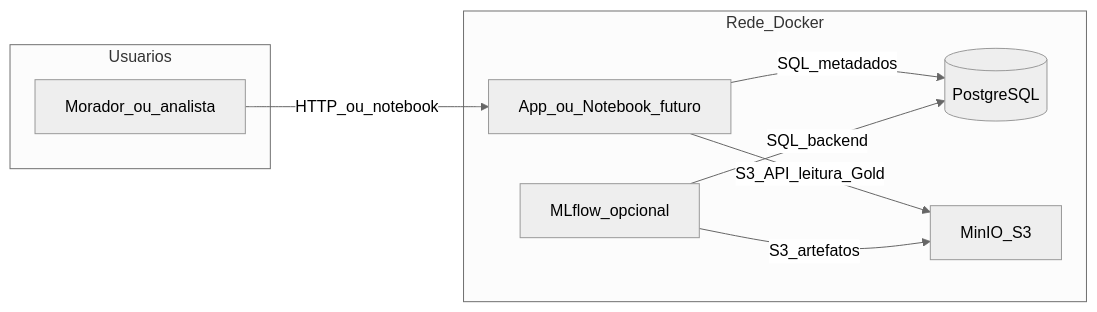
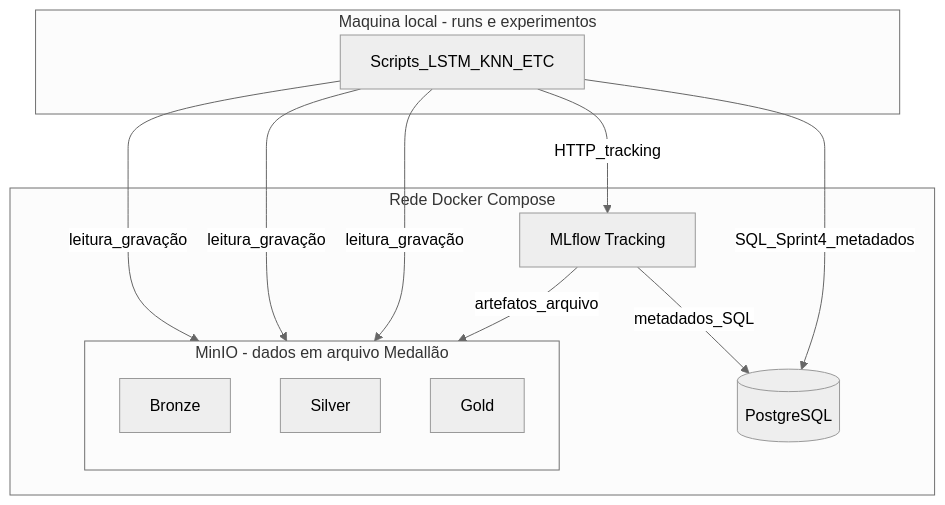
The diagram in readme.md (FabioBoemer/projeto-ia), drawn with Mermaid (neutral theme) before and after one commit. The commit also changed other lines of this file, not shown here.

Commit message:
Atualização do Readme

````diff
--- a/readme.md
+++ b/readme.md
@@ -44,17 +38,23 @@
 ```mermaid
-flowchart LR
-  subgraph users [Usuarios]
-    U[Morador_ou_analista]
+flowchart TB
+  subgraph dev [Maquina local - runs e experimentos]
+    PY[Scripts_LSTM_KNN_ETC]
   end
-  subgraph docker [Rede_Docker]
-    APP[App_ou_Notebook_futuro]
+  subgraph docker [Rede Docker Compose]
+    subgraph minio [MinIO - dados em arquivo Medallão]
+      direction TB
+      BRZ[Bronze]
+      SLV[Silver]
+      GLD[Gold]
+    end
     PG[(PostgreSQL)]
-    S3[MinIO_S3]
-    ML[MLflow_opcional]
+    MLF[MLflow Tracking]
   end
-  U -->|HTTP_ou_notebook| APP
-  APP -->|SQL_metadados| PG
-  APP -->|S3_API_leitura_Gold| S3
-  ML -->|SQL_backend| PG
-  ML -->|S3_artefatos| S3
+  PY -->|leitura_gravação| BRZ
+  PY -->|leitura_gravação| SLV
+  PY -->|leitura_gravação| GLD
+  PY -->|HTTP_tracking| MLF
+  MLF -->|metadados_SQL| PG
+  MLF -->|artefatos_arquivo| GLD
+  PY -->|SQL_Sprint4_metadados| PG
 ```
````
